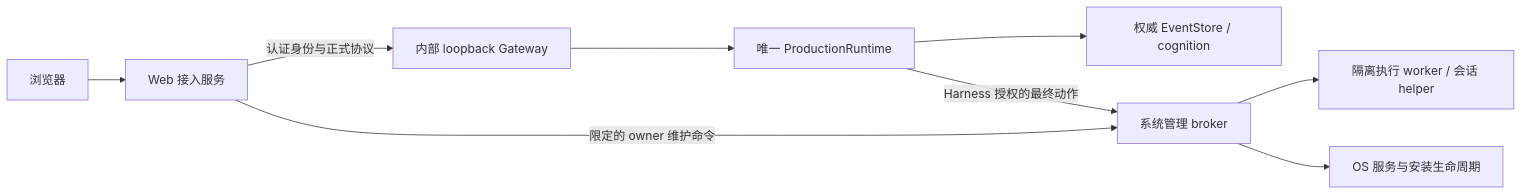
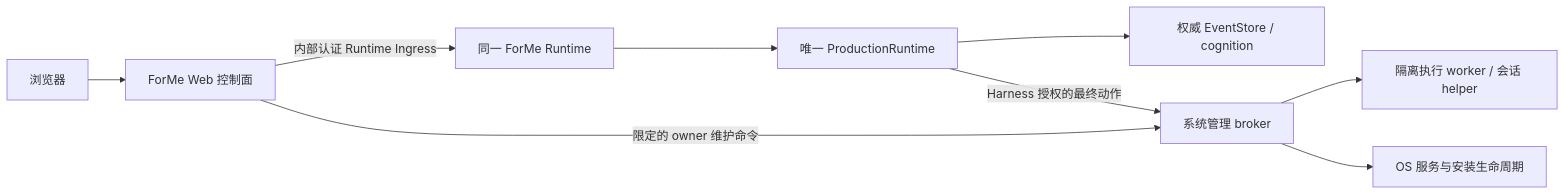
Before and after one commit to MarshuPan/forme-agent: the diagram in docs/architecture/10-installed-product-and-web-workbench-architecture.md, drawn with Mermaid. The commit also changed other lines of this file and 8 other files, not shown here.

````diff
--- a/docs/architecture/10-installed-product-and-web-workbench-architecture.md
+++ b/docs/architecture/10-installed-product-and-web-workbench-architecture.md
@@ -13,11 +13,11 @@
 ```mermaid
 flowchart LR
-    B[浏览器] --> W[Web 接入服务]
-    W -->|认证身份与正式协议| G[内部 loopback Gateway]
+    B[浏览器] --> W[ForMe Web 控制面]
+    W -->|内部认证 Runtime Ingress| G[同一 ForMe Runtime]
     G --> R[唯一 ProductionRuntime]
     R --> S[权威 EventStore / cognition]
     W -->|限定的 owner 维护命令| H[系统管理 broker]
     R -->|Harness 授权的最终动作| H
     H --> E[隔离执行 worker / 会话 helper]
     H --> O[OS 服务与安装生命周期]
 ```
````
